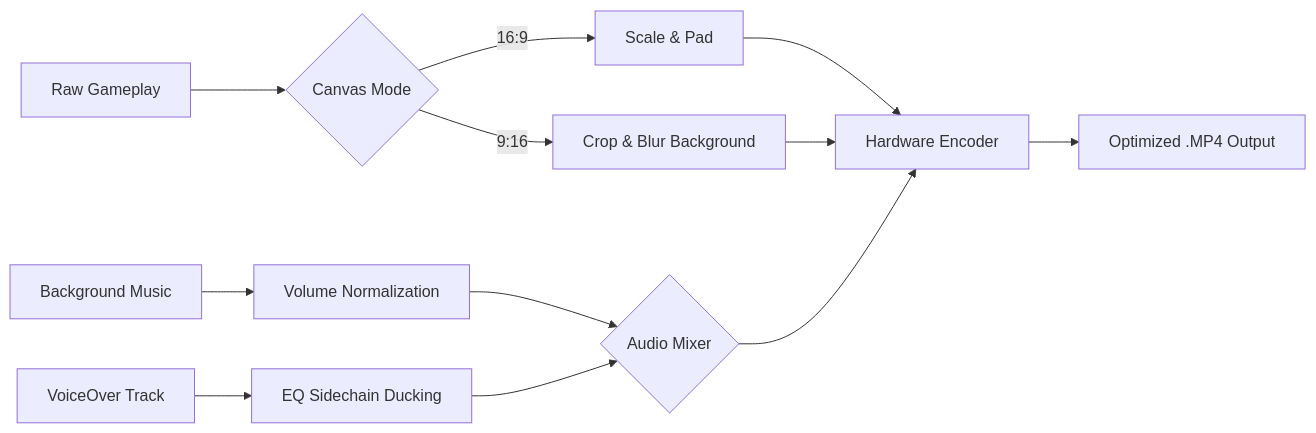
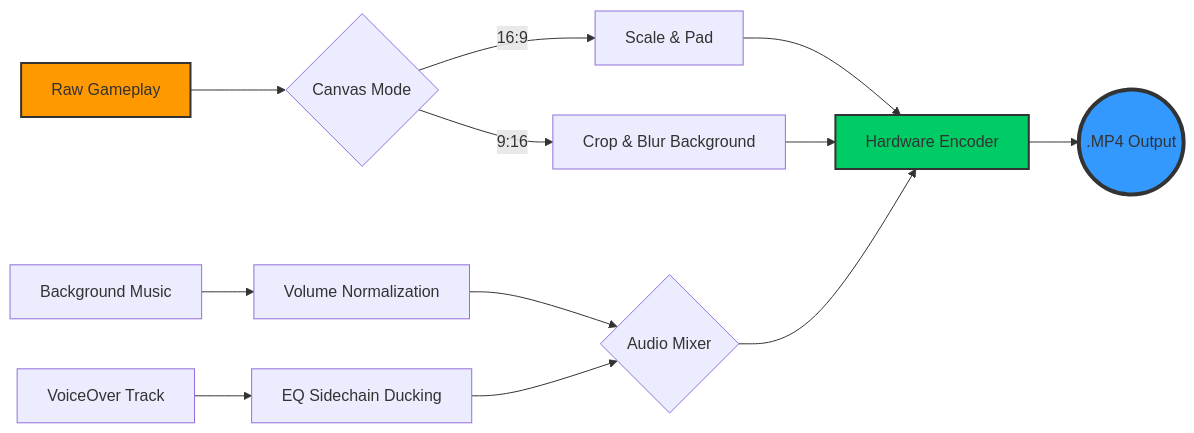
One commit to alonreich/Fortnite_Video_Software_C- changed the diagram in README.md. Above: the diagram before and after it, drawn with Mermaid. The commit also changed other lines of this file and 31 other files, not shown here.

````diff
--- a/README.md
+++ b/README.md
@@ -67,14 +68,17 @@
 ```mermaid
 graph LR
   A[Raw Gameplay] --> B{Canvas Mode}
+  style A fill:#ff9900,stroke:#333,stroke-width:2px
   B -->|16:9| C[Scale & Pad]
   B -->|9:16| D[Crop & Blur Background]
   C --> E[Hardware Encoder]
   D --> E
   F[Background Music] --> G[Volume Normalization]
   H[VoiceOver Track] --> I[EQ Sidechain Ducking]
   G --> J{Audio Mixer}
   I --> J
   J --> E
-  E --> K[Optimized .MP4 Output]
+  style E fill:#00cc66,stroke:#333,stroke-width:2px
+  E --> K((.MP4 Output))
+  style K fill:#3399ff,stroke:#333,stroke-width:4px
 ```
````
